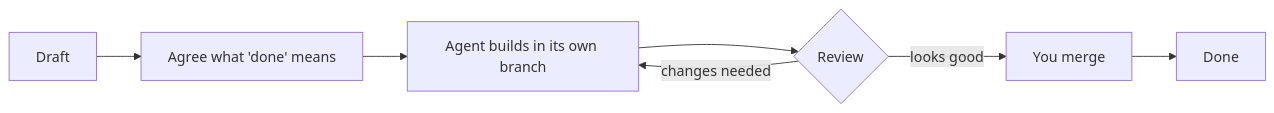
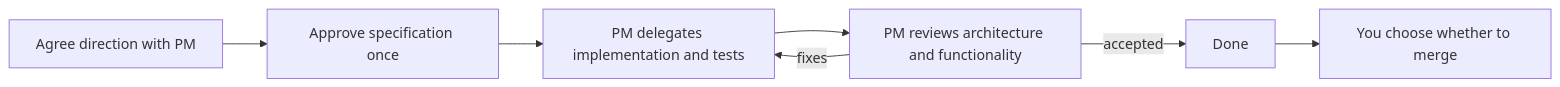
The diagram in README.md (AquilaWei/harnessboard), drawn with Mermaid before and after one commit. The commit also changed other lines of this file and 52 other files, not shown here.

````diff
--- a/README.md
+++ b/README.md
@@ -168,9 +167,9 @@
 ```mermaid
 flowchart LR
-  A[Draft] --> B[Agree what 'done' means]
-  B --> C[Agent builds in its own branch]
-  C --> D{Review}
-  D -- changes needed --> C
-  D -- looks good --> E[You merge]
-  E --> F[Done]
+  U[Agree direction with PM] --> A[Approve specification once]
+  A --> W[PM delegates implementation and tests]
+  W --> R[PM reviews architecture and functionality]
+  R -->|fixes| W
+  R -->|accepted| D[Done]
+  D --> M[You choose whether to merge]
 ```
````
